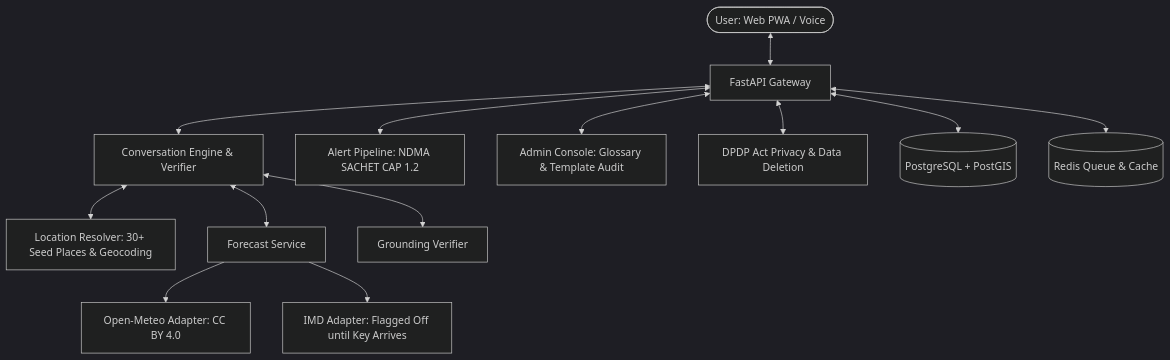
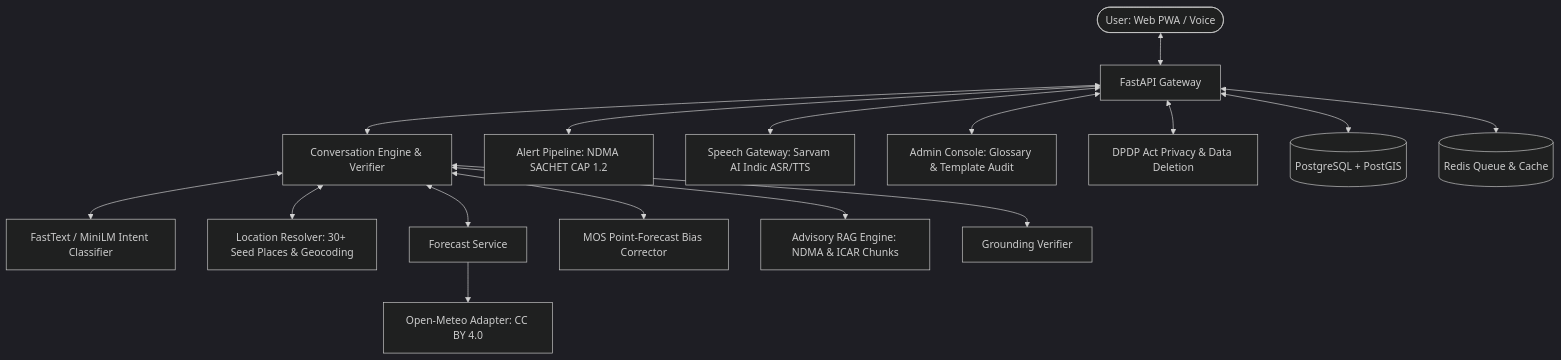
One commit to ashwinyadav09/WeatherGPT changed the diagram in README.md. Above: the diagram before and after it, drawn with Mermaid (dark theme). The commit also changed other lines of this file and 14 other files, not shown here.

````diff
--- a/README.md
+++ b/README.md
@@ -29,15 +26,18 @@
 ```mermaid
 flowchart TD
     User([User: Web PWA / Voice]) <--> API[FastAPI Gateway]
     API <--> Conv[Conversation Engine & Verifier]
+    Conv <--> Intent[FastText / MiniLM Intent Classifier]
     Conv <--> Resolver[Location Resolver: 30+ Seed Places & Geocoding]
     Conv <--> Forecast[Forecast Service]
+    Conv <--> Bias[MOS Point-Forecast Bias Corrector]
+    Conv <--> RAG[Advisory RAG Engine: NDMA & ICAR Chunks]
     Conv <--> Grounding[Grounding Verifier]
     Forecast --> OpenMeteo[Open-Meteo Adapter: CC BY 4.0]
-    Forecast --> IMD[IMD Adapter: Flagged Off until Key Arrives]
     API <--> Alerts[Alert Pipeline: NDMA SACHET CAP 1.2]
+    API <--> Speech[Speech Gateway: Sarvam AI Indic ASR/TTS]
     API <--> Admin[Admin Console: Glossary & Template Audit]
     API <--> Privacy[DPDP Act Privacy & Data Deletion]
     API <--> DB[(PostgreSQL + PostGIS)]
     API <--> Redis[(Redis Queue & Cache)]
 ```
````
